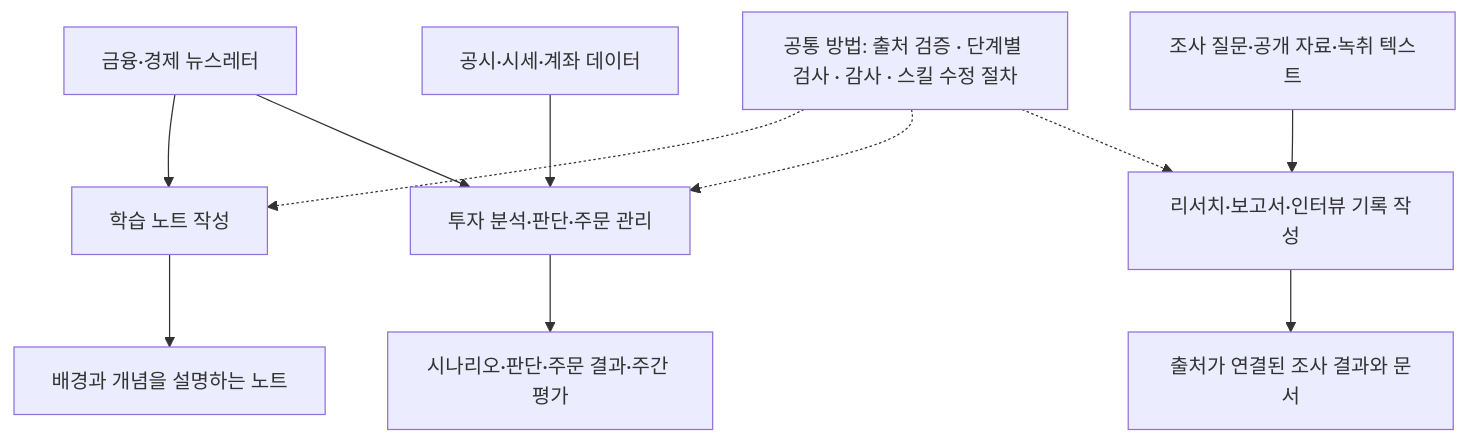
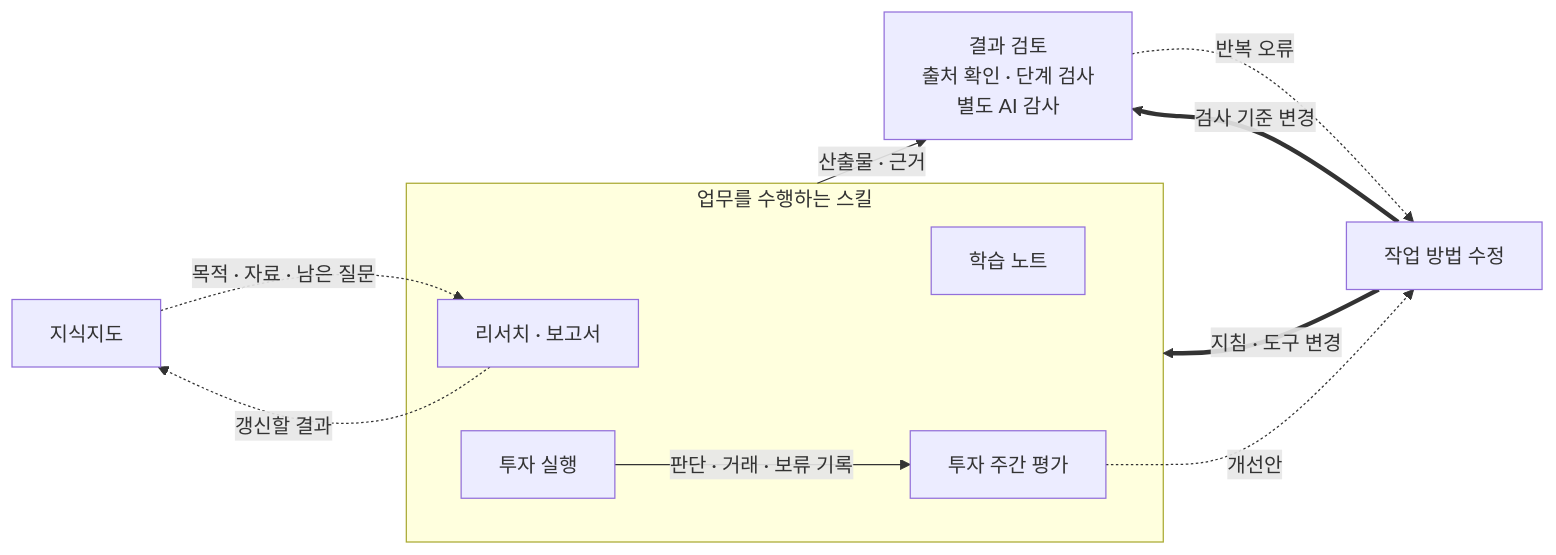
One commit to swkim46/claude-skills-portfolio changed the diagram in README.md. Above: the diagram before and after it, drawn with Mermaid. The commit also changed other lines of this file and 20 other files, not shown here.

````diff
--- a/README.md
+++ b/README.md
@@ -9,13 +33,20 @@
 ```mermaid
-flowchart TB
-    N[금융·경제 뉴스레터] --> W[학습 노트 작성]
-    N --> T[투자 분석·판단·주문 관리]
-    P[공시·시세·계좌 데이터] --> T
-    Q[조사 질문·공개 자료·녹취 텍스트] --> R[리서치·보고서·인터뷰 기록 작성]
-    W --> WO[배경과 개념을 설명하는 노트]
-    T --> TO[시나리오·판단·주문 결과·주간 평가]
-    R --> RO[출처가 연결된 조사 결과와 문서]
-    C[공통 방법: 출처 검증 · 단계별 검사 · 감사 · 스킬 수정 절차] -.-> W
-    C -.-> T
-    C -.-> R
+flowchart LR
+    K[지식지도]
+    subgraph W[업무를 수행하는 스킬]
+        R[리서치 · 보고서]
+        L[학습 노트]
+        T[투자 실행]
+        F[투자 주간 평가]
+        T -->|판단 · 거래 · 보류 기록| F
+    end
+    C["결과 검토<br/>출처 확인 · 단계 검사<br/>별도 AI 감사"]
+    M[작업 방법 수정]
+    K -. 목적 · 자료 · 남은 질문 .-> R
+    R -. 갱신할 결과 .-> K
+    W -->|산출물 · 근거| C
+    C -. 반복 오류 .-> M
+    F -. 개선안 .-> M
+    M ==>|지침 · 도구 변경| W
+    M ==>|검사 기준 변경| C
 ```
````
